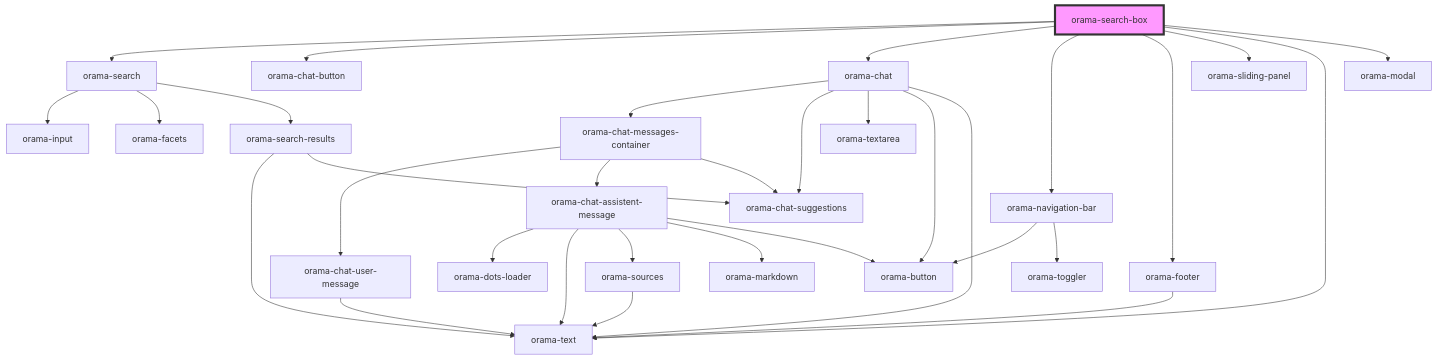
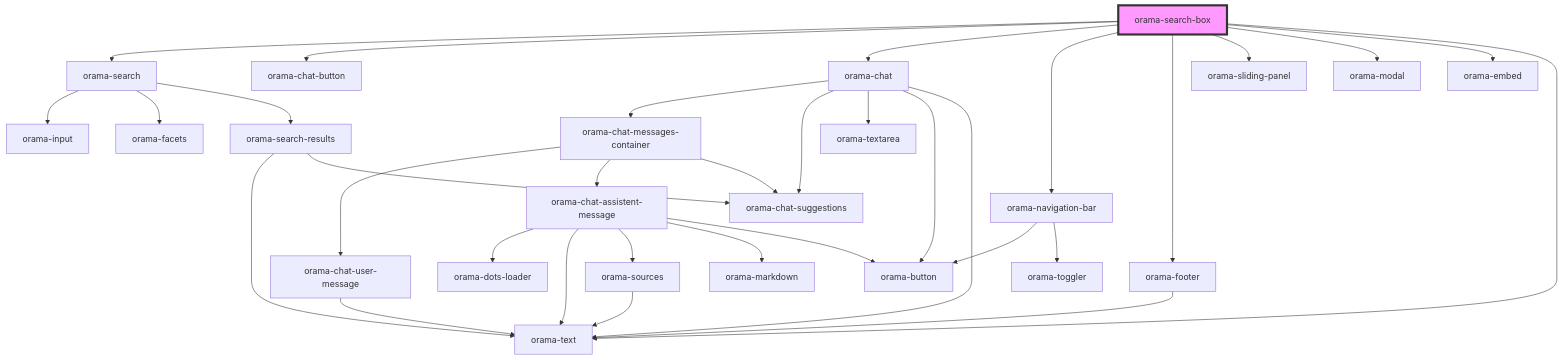
The diagram in packages/ui-stencil/src/components/orama-search-box/readme.md (askorama/orama-ui-components), drawn with Mermaid before and after one commit. The commit also changed other lines of this file and 13 other files, not shown here.

Commit message:
feat: orama-embed component

````diff
--- a/packages/ui-stencil/src/components/orama-search-box/readme.md
+++ b/packages/ui-stencil/src/components/orama-search-box/readme.md
@@ -51,35 +52,36 @@
 ```mermaid
 graph TD;
   orama-search-box --> orama-search
   orama-search-box --> orama-chat-button
   orama-search-box --> orama-chat
   orama-search-box --> orama-navigation-bar
   orama-search-box --> orama-footer
   orama-search-box --> orama-sliding-panel
+  orama-search-box --> orama-modal
+  orama-search-box --> orama-embed
   orama-search-box --> orama-text
-  orama-search-box --> orama-modal
   orama-search --> orama-input
   orama-search --> orama-facets
   orama-search --> orama-search-results
   orama-search-results --> orama-text
   orama-search-results --> orama-chat-suggestions
   orama-chat --> orama-chat-messages-container
   orama-chat --> orama-chat-suggestions
   orama-chat --> orama-textarea
   orama-chat --> orama-button
   orama-chat --> orama-text
   orama-chat-messages-container --> orama-chat-user-message
   orama-chat-messages-container --> orama-chat-assistent-message
   orama-chat-messages-container --> orama-chat-suggestions
   orama-chat-user-message --> orama-text
   orama-chat-assistent-message --> orama-dots-loader
   orama-chat-assistent-message --> orama-text
   orama-chat-assistent-message --> orama-sources
   orama-chat-assistent-message --> orama-markdown
   orama-chat-assistent-message --> orama-button
   orama-sources --> orama-text
   orama-navigation-bar --> orama-button
   orama-navigation-bar --> orama-toggler
   orama-footer --> orama-text
   style orama-search-box fill:#f9f,stroke:#333,stroke-width:4px
 ```
````
